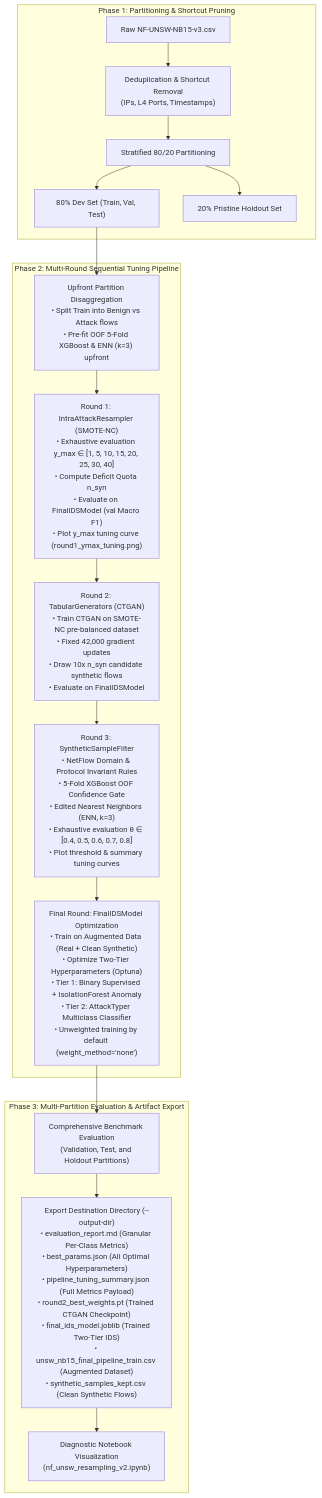
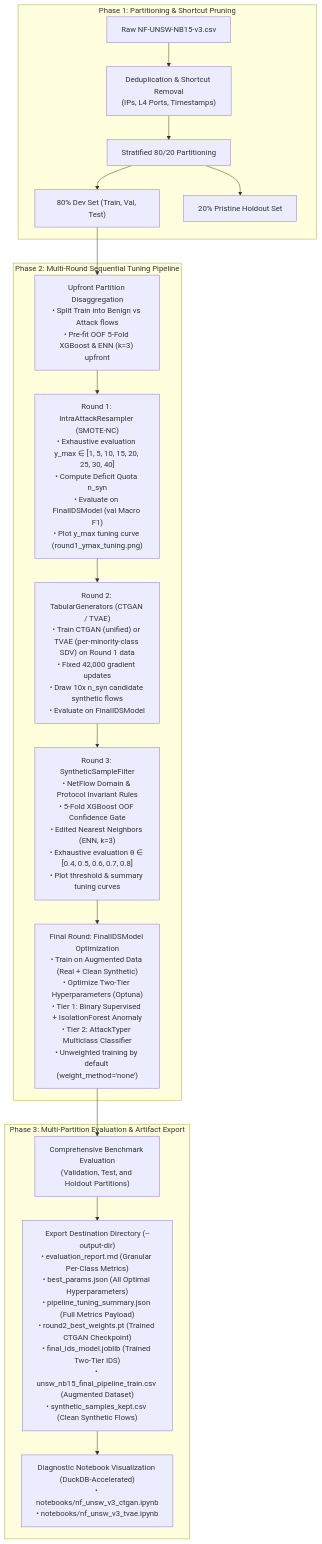
Before and after one commit to ThanhLeDuc552/SynthGuard---Individual-Contribution: the first of 2 diagrams in duc_thanh/SAP-DCG/docs/pipeline_plan.md, drawn with Mermaid. The commit also changed other lines of this file and 5 other files, not shown here.

````diff
--- a/duc_thanh/SAP-DCG/docs/pipeline_plan.md
+++ b/duc_thanh/SAP-DCG/docs/pipeline_plan.md
@@ -11,26 +11,26 @@
 ```mermaid
 flowchart TD
     subgraph S1["Phase 1: Partitioning & Shortcut Pruning"]
         RAW["Raw NF-UNSW-NB15-v3.csv"] --> DEDUP["Deduplication & Shortcut Removal\n(IPs, L4 Ports, Timestamps)"]
         DEDUP --> SPLIT["Stratified 80/20 Partitioning"]
         SPLIT --> DEV["80% Dev Set (Train, Val, Test)"]
         SPLIT --> HO["20% Pristine Holdout Set"]
     end
 
     subgraph S2["Phase 2: Multi-Round Sequential Tuning Pipeline"]
         DEV --> DISAGG["Upfront Partition Disaggregation\n• Split Train into Benign vs Attack flows\n• Pre-fit OOF 5-Fold XGBoost & ENN (k=3) upfront"]
         DISAGG --> R1["Round 1: IntraAttackResampler (SMOTE-NC)\n• Exhaustive evaluation y_max ∈ [1, 5, 10, 15, 20, 25, 30, 40]\n• Compute Deficit Quota n_syn\n• Evaluate on FinalIDSModel (val Macro F1)\n• Plot y_max tuning curve (round1_ymax_tuning.png)"]
         
-        R1 --> R2["Round 2: TabularGenerators (CTGAN)\n• Train CTGAN on SMOTE-NC pre-balanced dataset\n• Fixed 42,000 gradient updates\n• Draw 10x n_syn candidate synthetic flows\n• Evaluate on FinalIDSModel"]
+        R1 --> R2["Round 2: TabularGenerators (CTGAN / TVAE)\n• Train CTGAN (unified) or TVAE (per-minority-class SDV) on Round 1 data\n• Fixed 42,000 gradient updates\n• Draw 10x n_syn candidate synthetic flows\n• Evaluate on FinalIDSModel"]
         
         R2 --> R3["Round 3: SyntheticSampleFilter\n• NetFlow Domain & Protocol Invariant Rules\n• 5-Fold XGBoost OOF Confidence Gate\n• Edited Nearest Neighbors (ENN, k=3)\n• Exhaustive evaluation θ ∈ [0.4, 0.5, 0.6, 0.7, 0.8]\n• Plot threshold & summary tuning curves"]
         
         R3 --> R4["Final Round: FinalIDSModel Optimization\n• Train on Augmented Data (Real + Clean Synthetic)\n• Optimize Two-Tier Hyperparameters (Optuna)\n• Tier 1: Binary Supervised + IsolationForest Anomaly\n• Tier 2: AttackTyper Multiclass Classifier\n• Unweighted training by default (weight_method='none')"]
     end
 
     subgraph S3["Phase 3: Multi-Partition Evaluation & Artifact Export"]
         R4 --> EVAL["Comprehensive Benchmark Evaluation\n(Validation, Test, and Holdout Partitions)"]
         EVAL --> ART["Export Destination Directory (--output-dir)\n• evaluation_report.md (Granular Per-Class Metrics)\n• best_params.json (All Optimal Hyperparameters)\n• pipeline_tuning_summary.json (Full Metrics Payload)\n• round2_best_weights.pt (Trained CTGAN Checkpoint)\n• final_ids_model.joblib (Trained Two-Tier IDS)\n• unsw_nb15_final_pipeline_train.csv (Augmented Dataset)\n• synthetic_samples_kept.csv (Clean Synthetic Flows)"]
-        ART --> NB["Diagnostic Notebook Visualization\n(nf_unsw_resampling_v2.ipynb)"]
+        ART --> NB["Diagnostic Notebook Visualization (DuckDB-Accelerated)\n• notebooks/nf_unsw_v3_ctgan.ipynb\n• notebooks/nf_unsw_v3_tvae.ipynb"]
     end
 ```
````
